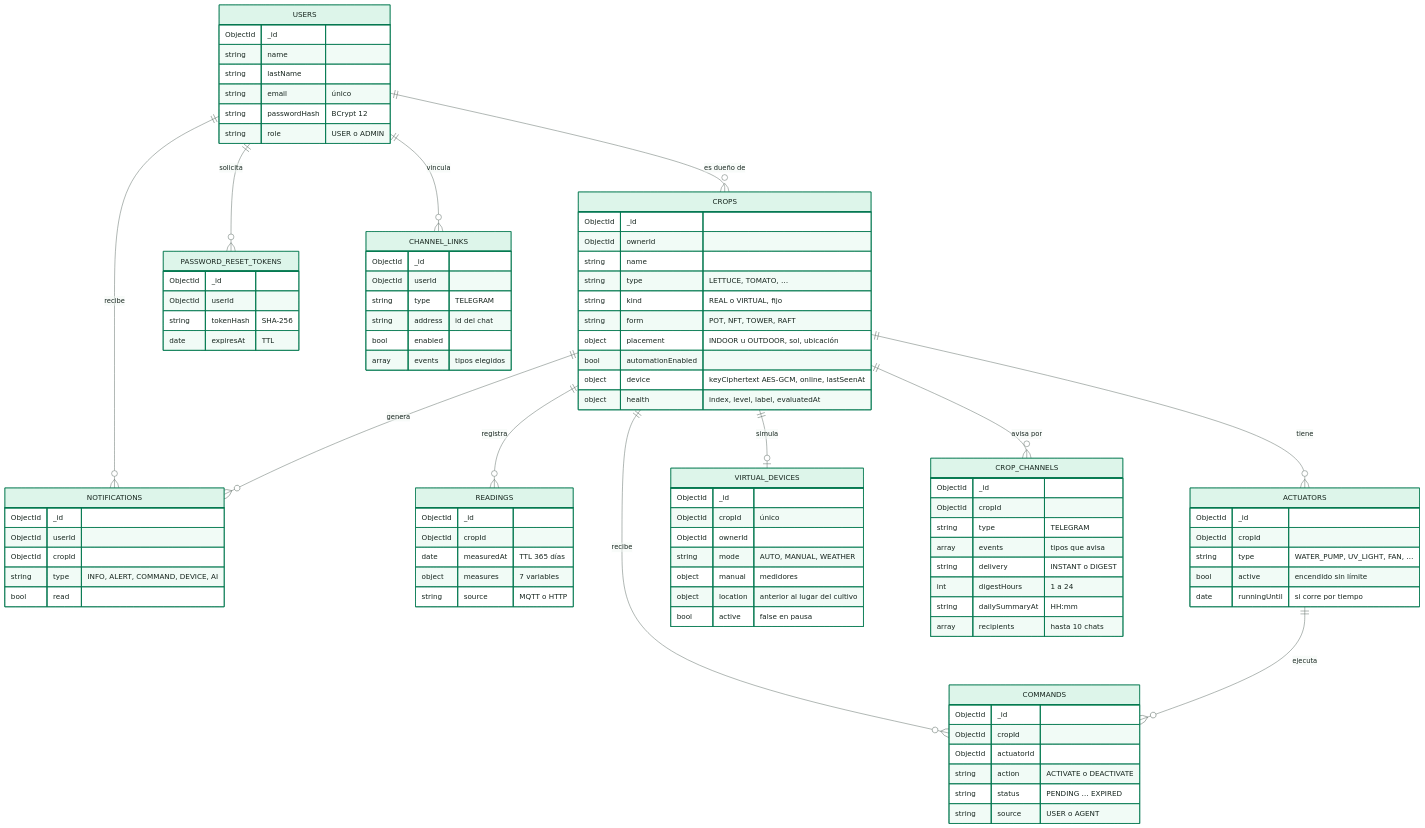
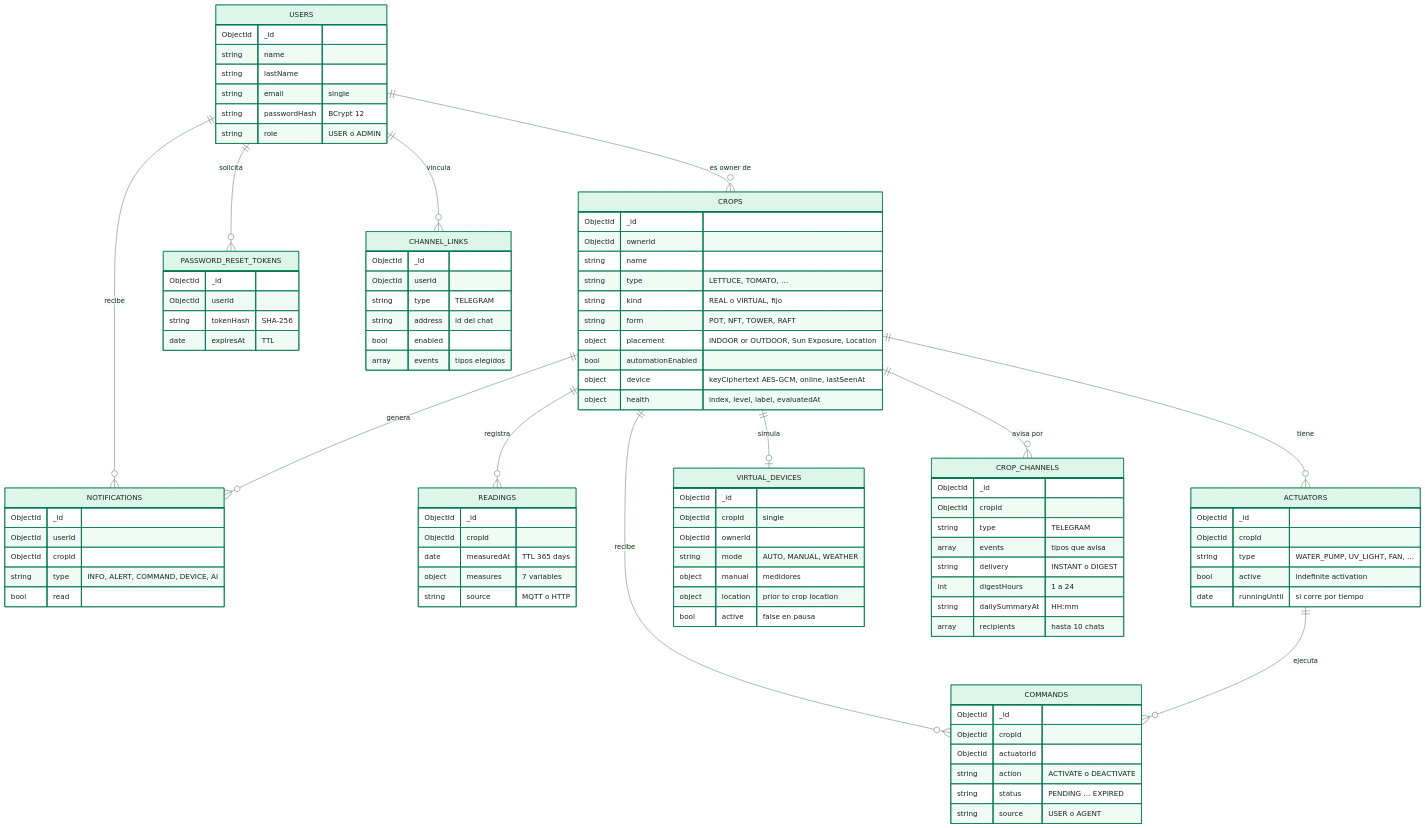
The diagram in docs/diagrams/SmartPot_04_Data_Model.mmd (SmartPotTech/.github), drawn with Mermaid before and after one commit. The commit also changed 186 other files, not shown here.

Commit message:
docs(specs): synchronize 100% english organization documentation, diagrams, and formal deliverables

```diff
--- a/docs/diagrams/SmartPot_04_Data_Model.mmd
+++ b/docs/diagrams/SmartPot_04_Data_Model.mmd
@@ -1,95 +1,95 @@
 %%{init: {"theme": "base", "fontFamily": "Segoe UI, Arial, sans-serif", "themeVariables": {"fontFamily": "Segoe UI, Arial, sans-serif", "fontSize": "15px", "primaryColor": "#DDF5EA", "primaryTextColor": "#17261F", "primaryBorderColor": "#067A52", "secondaryColor": "#E3F2FB", "secondaryTextColor": "#17261F", "secondaryBorderColor": "#1F6FA0", "tertiaryColor": "#F2F7F4", "tertiaryTextColor": "#17261F", "tertiaryBorderColor": "#D5E3DC", "lineColor": "#5B6B63", "textColor": "#17261F", "mainBkg": "#DDF5EA", "nodeBorder": "#067A52", "clusterBkg": "#F7FAF8", "clusterBorder": "#D5E3DC", "edgeLabelBackground": "#FFFFFF", "actorBkg": "#067A52", "actorBorder": "#0B3D2B", "actorTextColor": "#FFFFFF", "actorLineColor": "#5B6B63", "signalColor": "#17261F", "signalTextColor": "#17261F", "labelBoxBkgColor": "#0B3D2B", "labelBoxBorderColor": "#0B3D2B", "labelTextColor": "#FFFFFF", "loopTextColor": "#0B3D2B", "noteBkgColor": "#FDF4DD", "noteBorderColor": "#C98D12", "noteTextColor": "#17261F", "activationBkgColor": "#DDF5EA", "activationBorderColor": "#067A52", "attributeBackgroundColorOdd": "#FFFFFF", "attributeBackgroundColorEven": "#F2F7F4"}}}%%
 erDiagram
-  USERS ||--o{ CROPS : "es dueño de"
+  USERS ||--o{ CROPS : "es owner de"
   USERS ||--o{ NOTIFICATIONS : "recibe"
   USERS ||--o{ PASSWORD_RESET_TOKENS : "solicita"
   USERS ||--o{ CHANNEL_LINKS : "vincula"
   CROPS ||--o{ READINGS : "registra"
   CROPS ||--o{ ACTUATORS : "tiene"
   CROPS ||--o{ COMMANDS : "recibe"
   CROPS ||--o{ NOTIFICATIONS : "genera"
   CROPS ||--o| VIRTUAL_DEVICES : "simula"
   CROPS ||--o{ CROP_CHANNELS : "avisa por"
   ACTUATORS ||--o{ COMMANDS : "ejecuta"
   USERS {
     ObjectId _id
     string name
     string lastName
-    string email "único"
+    string email "single"
     string passwordHash "BCrypt 12"
     string role "USER o ADMIN"
   }
   CROPS {
     ObjectId _id
     ObjectId ownerId
     string name
     string type "LETTUCE, TOMATO, …"
     string kind "REAL o VIRTUAL, fijo"
     string form "POT, NFT, TOWER, RAFT"
-    object placement "INDOOR u OUTDOOR, sol, ubicación"
+    object placement "INDOOR or OUTDOOR, Sun Exposure, Location"
     bool automationEnabled
     object device "keyCiphertext AES-GCM, online, lastSeenAt"
     object health "index, level, label, evaluatedAt"
   }
   READINGS {
     ObjectId _id
     ObjectId cropId
-    date measuredAt "TTL 365 días"
+    date measuredAt "TTL 365 days"
     object measures "7 variables"
     string source "MQTT o HTTP"
   }
   ACTUATORS {
     ObjectId _id
     ObjectId cropId
     string type "WATER_PUMP, UV_LIGHT, FAN, …"
-    bool active "encendido sin límite"
+    bool active "indefinite activation"
     date runningUntil "si corre por tiempo"
   }
   COMMANDS {
     ObjectId _id
     ObjectId cropId
     ObjectId actuatorId
     string action "ACTIVATE o DEACTIVATE"
     string status "PENDING … EXPIRED"
     string source "USER o AGENT"
   }
   NOTIFICATIONS {
     ObjectId _id
     ObjectId userId
     ObjectId cropId
     string type "INFO, ALERT, COMMAND, DEVICE, AI"
     bool read
   }
   CHANNEL_LINKS {
     ObjectId _id
     ObjectId userId
     string type "TELEGRAM"
     string address "id del chat"
     bool enabled
     array events "tipos elegidos"
   }
   CROP_CHANNELS {
     ObjectId _id
     ObjectId cropId
     string type "TELEGRAM"
     array events "tipos que avisa"
     string delivery "INSTANT o DIGEST"
     int digestHours "1 a 24"
     string dailySummaryAt "HH:mm"
     array recipients "hasta 10 chats"
   }
   VIRTUAL_DEVICES {
     ObjectId _id
-    ObjectId cropId "único"
+    ObjectId cropId "single"
     ObjectId ownerId
     string mode "AUTO, MANUAL, WEATHER"
     object manual "medidores"
-    object location "anterior al lugar del cultivo"
+    object location "prior to crop location"
     bool active "false en pausa"
   }
   PASSWORD_RESET_TOKENS {
     ObjectId _id
     ObjectId userId
     string tokenHash "SHA-256"
     date expiresAt "TTL"
   }
```
